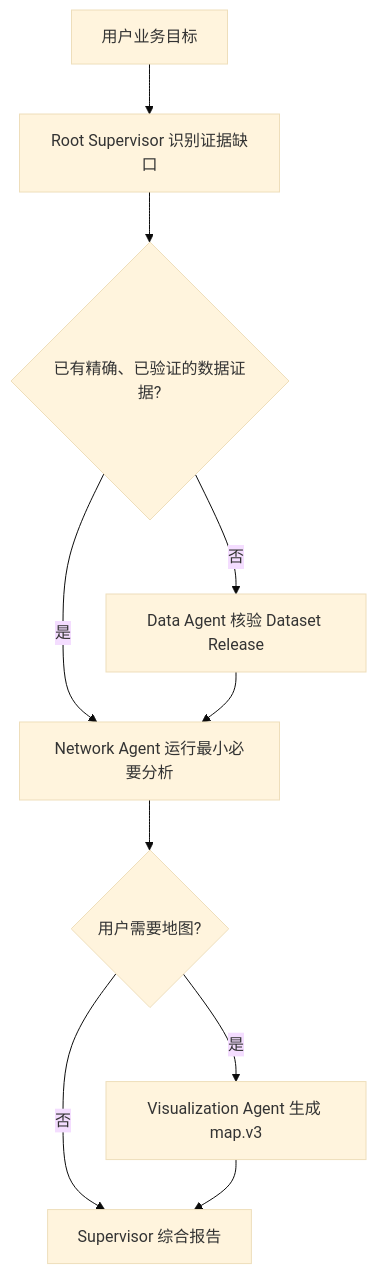
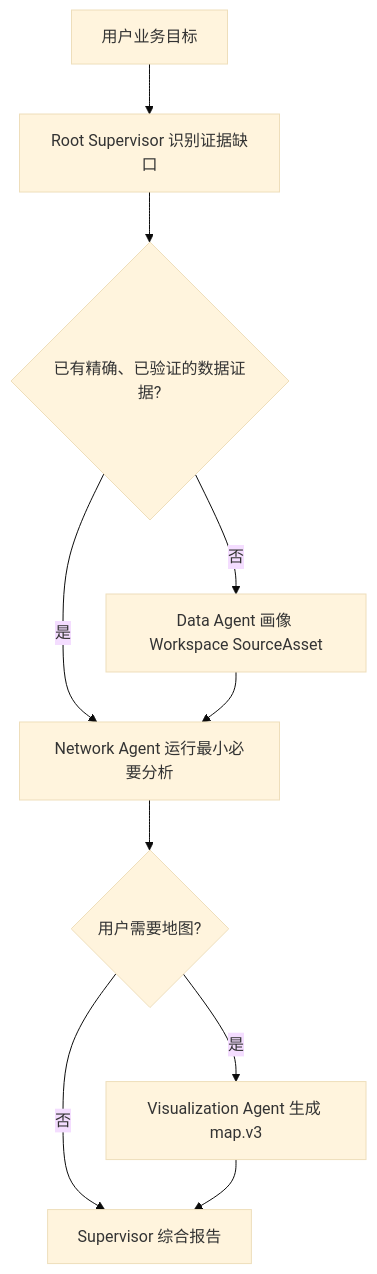
One commit to JO-WTF/open-web-codex changed the diagram in docs/enterprise-supervisor-copilot-plan.md. Above: the diagram before and after it, drawn with Mermaid (base theme). The commit also changed other lines of this file and 11 other files, not shown here.

````diff
--- a/docs/enterprise-supervisor-copilot-plan.md
+++ b/docs/enterprise-supervisor-copilot-plan.md
@@ -67,12 +67,12 @@
 ```mermaid
 flowchart TD
     U["用户业务目标"] --> S["Root Supervisor 识别证据缺口"]
     S --> D{"已有精确、已验证的数据证据?"}
-    D -- 否 --> DA["Data Agent 核验 Dataset Release"]
+    D -- 否 --> DA["Data Agent 画像 Workspace SourceAsset"]
     D -- 是 --> N
     DA --> N["Network Agent 运行最小必要分析"]
     N --> M{"用户需要地图?"}
     M -- 是 --> V["Visualization Agent 生成 map.v3"]
     M -- 否 --> O["Supervisor 综合报告"]
     V --> O
 ```
````
